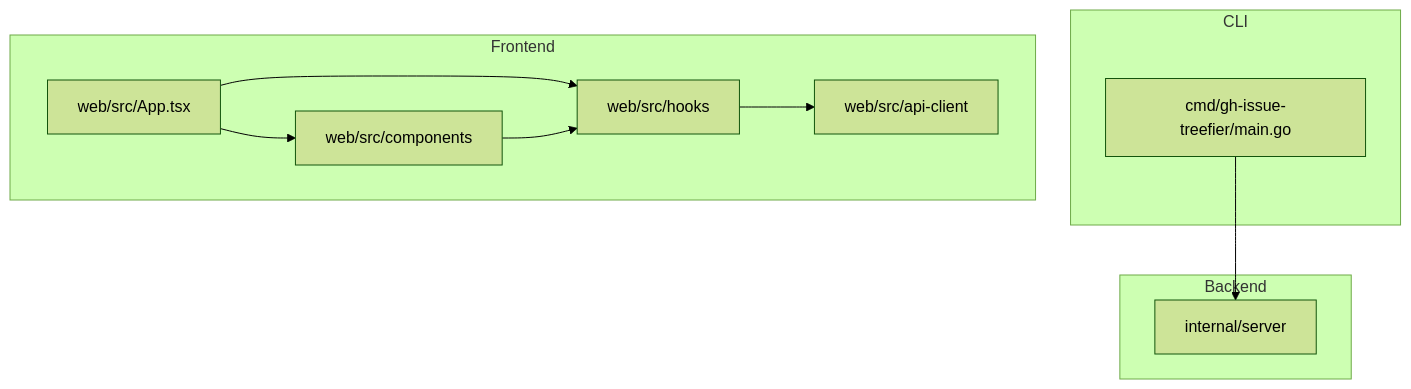
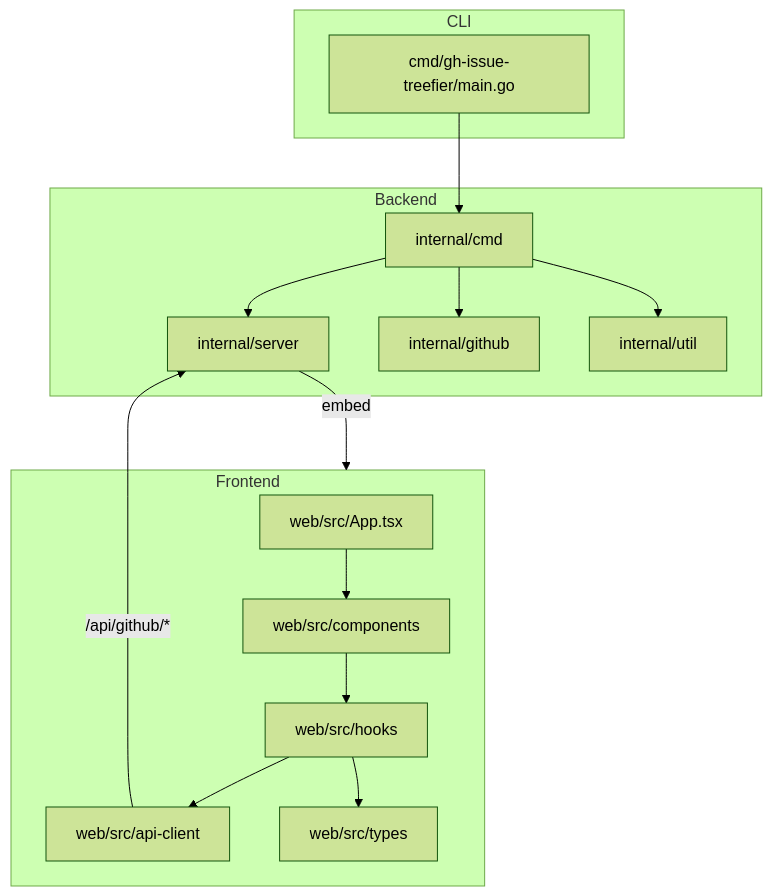
The diagram in .spec-workflow/steering/structure.md (kmtym1998/gh-issue-treefier), drawn with Mermaid (forest theme) before and after one commit. The commit also changed other lines of this file and 3 other files, not shown here.

````diff
--- a/.spec-workflow/steering/structure.md
+++ b/.spec-workflow/steering/structure.md
@@ -38,23 +49,32 @@
 ```mermaid
 flowchart TD
     subgraph CLI
         main["cmd/gh-issue-treefier/main.go"]
     end
 
     subgraph Backend
+        cmd["internal/cmd"]
         server["internal/server"]
+        ghGateway["internal/github"]
+        util["internal/util"]
     end
 
     subgraph Frontend
         App["web/src/App.tsx"]
         apiClient["web/src/api-client"]
         components["web/src/components"]
         hooks["web/src/hooks"]
+        types["web/src/types"]
     end
 
-    main --> server
+    main --> cmd
+    cmd --> server
+    cmd --> ghGateway
+    cmd --> util
+    server -->|embed| Frontend
     App --> components
-    App --> hooks
+    components --> hooks
     hooks --> apiClient
-    components --> hooks
+    hooks --> types
+    apiClient -->|/api/github/*| server
 ```
````
